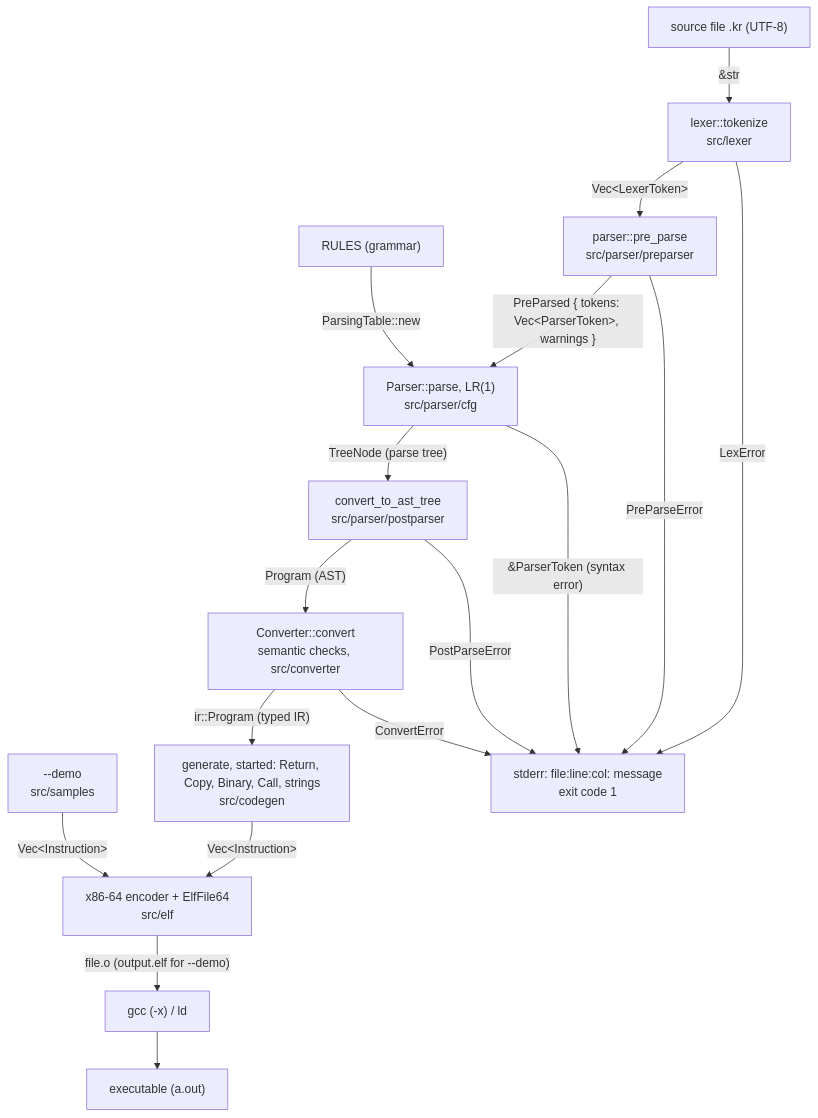
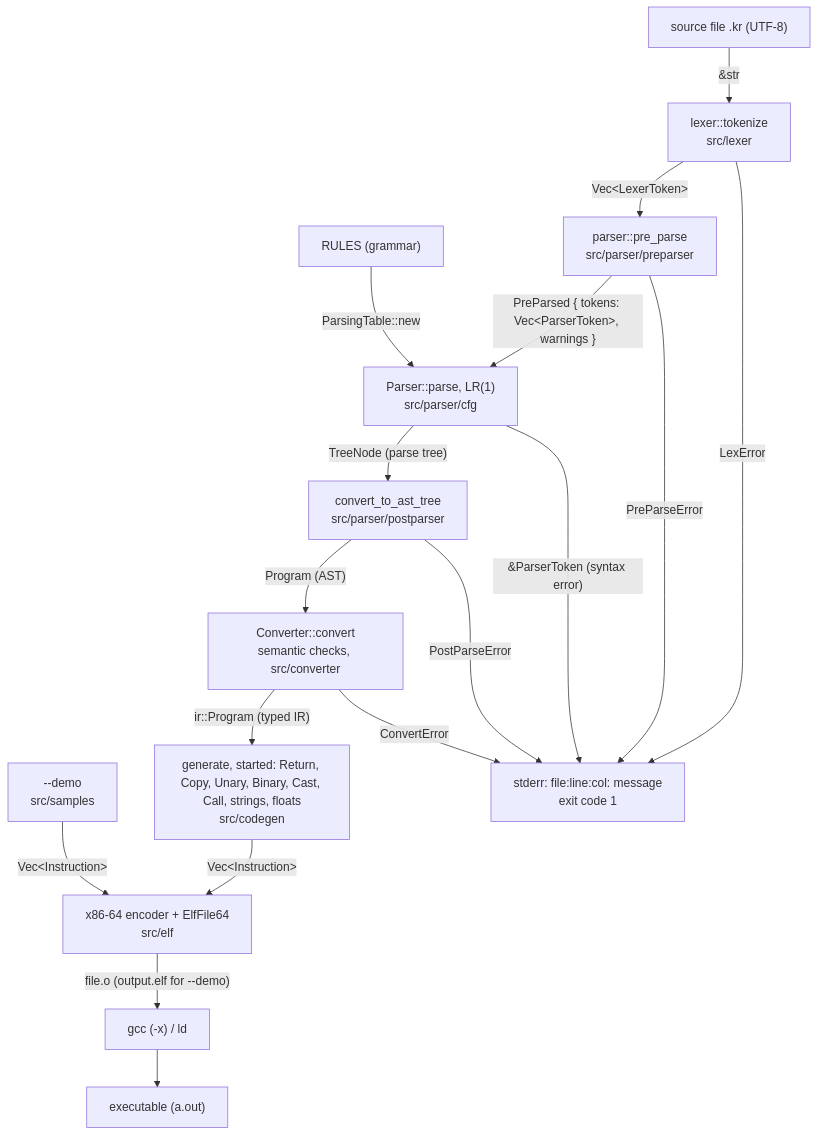
Before and after one commit to Solype/CompilerRust: the diagram in README.md, drawn with Mermaid. The commit also changed other lines of this file and 8 other files, not shown here.

Commit message:
refactor(ir): Operand::Float holds only its index, the size read from Program.floats; docs for casts, 짧은 소수 and comparisons

````diff
--- a/README.md
+++ b/README.md
@@ -43,20 +45,20 @@
 ```mermaid
 flowchart TD
     SRC["source file .kr (UTF-8)"] -->|"#amp;str"| LEX["lexer::tokenize<br/>src/lexer"]
     LEX -->|"Vec#lt;LexerToken#gt;"| PRE["parser::pre_parse<br/>src/parser/preparser"]
     PRE -->|"PreParsed { tokens: Vec#lt;ParserToken#gt;, warnings }"| PAR["Parser::parse, LR(1)<br/>src/parser/cfg"]
     RULES["RULES (grammar)"] -->|"ParsingTable::new"| PAR
     PAR -->|"TreeNode (parse tree)"| POST["convert_to_ast_tree<br/>src/parser/postparser"]
     POST -->|"Program (AST)"| CONV["Converter::convert<br/>semantic checks, src/converter"]
-    CONV -->|"ir::Program (typed IR)"| GEN["generate, started: Return, Copy, Binary, Call, strings<br/>src/codegen"]
+    CONV -->|"ir::Program (typed IR)"| GEN["generate, started: Return, Copy, Unary, Binary, Cast, Call, strings, floats<br/>src/codegen"]
     GEN -->|"Vec#lt;Instruction#gt;"| ELF["x86-64 encoder + ElfFile64<br/>src/elf"]
     DEMO["--demo<br/>src/samples"] -->|"Vec#lt;Instruction#gt;"| ELF
     ELF -->|"file.o (output.elf for --demo)"| LD["gcc (-x) / ld"]
     LD --> BIN["executable (a.out)"]
 
     LEX -->|"LexError"| ERR["stderr: file:line:col: message<br/>exit code 1"]
     PRE -->|"PreParseError"| ERR
     PAR -->|"#amp;ParserToken (syntax error)"| ERR
     POST -->|"PostParseError"| ERR
     CONV -->|"ConvertError"| ERR
 ```
````
